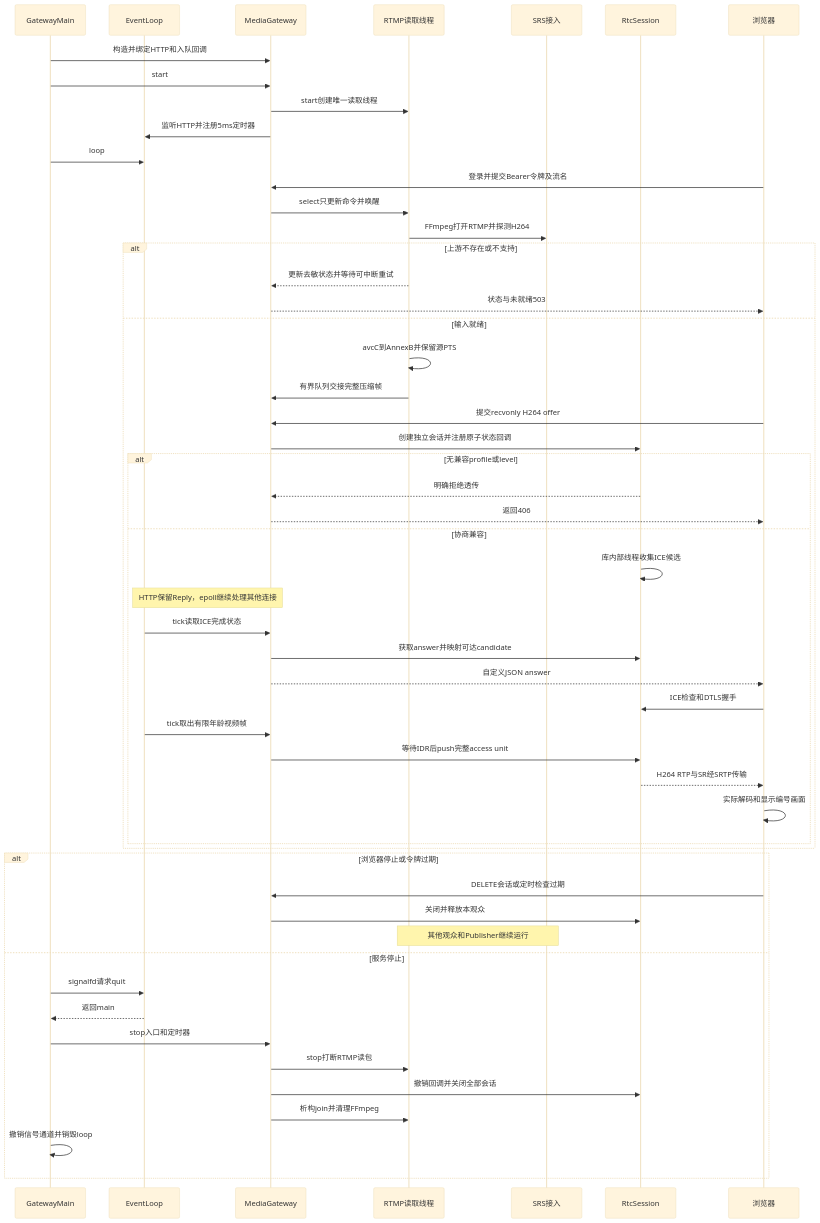
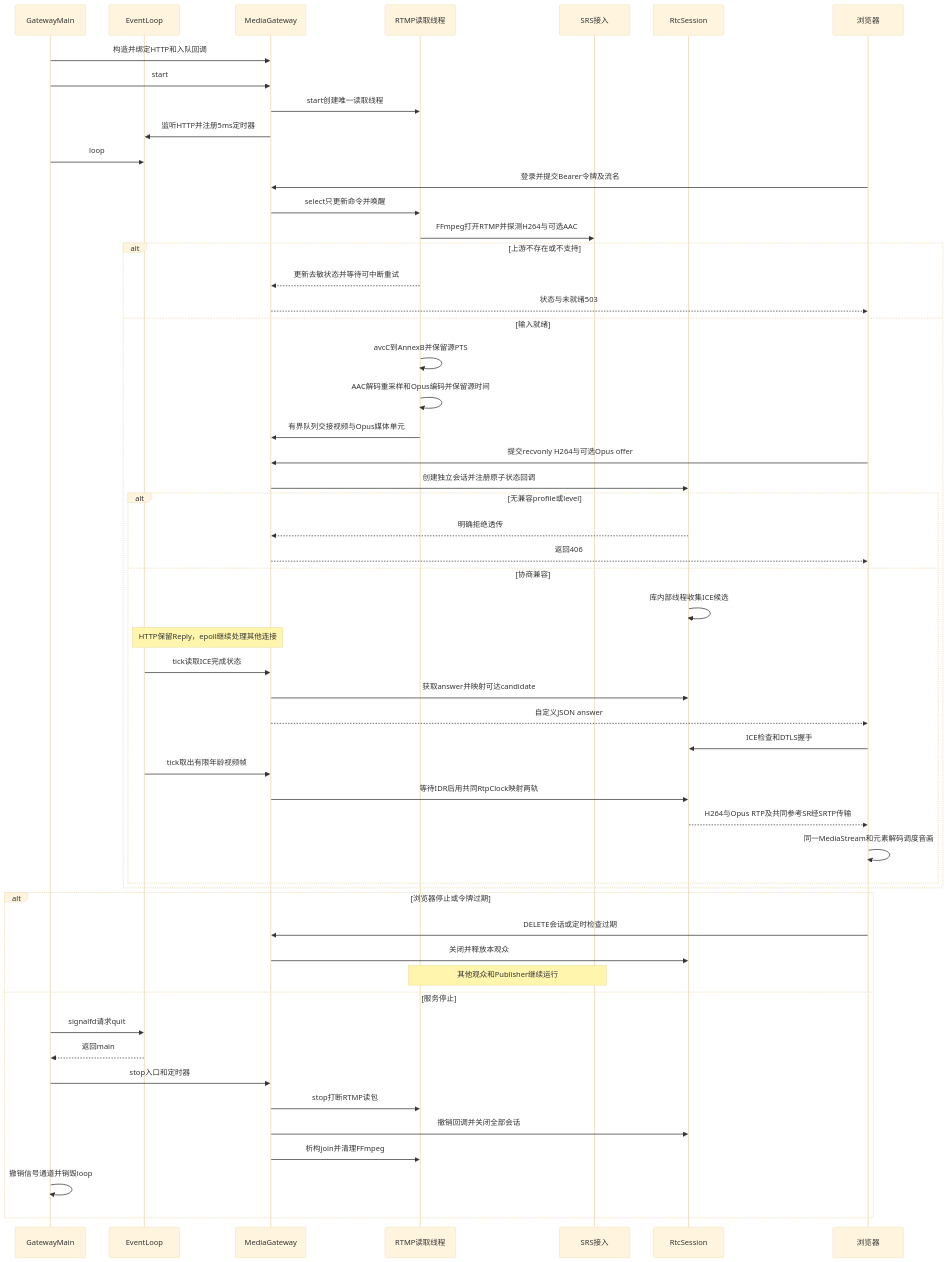
The diagram in docs/uml/media-gateway.mmd (kingsman-svg/OBS), drawn with Mermaid (base theme) before and after one commit. The commit also changed 36 other files, not shown here.

```diff
--- a/docs/uml/media-gateway.mmd
+++ b/docs/uml/media-gateway.mmd
@@ -1,53 +1,54 @@
 sequenceDiagram
 participant M as GatewayMain
 participant L as EventLoop
 participant G as MediaGateway
 participant R as RTMP读取线程
 participant S as SRS接入
 participant W as RtcSession
 participant B as 浏览器
 M->>G: 构造并绑定HTTP和入队回调
 M->>G: start
 G->>R: start创建唯一读取线程
 G->>L: 监听HTTP并注册5ms定时器
 M->>L: loop
 B->>G: 登录并提交Bearer令牌及流名
 G->>R: select只更新命令并唤醒
-R->>S: FFmpeg打开RTMP并探测H264
+R->>S: FFmpeg打开RTMP并探测H264与可选AAC
 alt 上游不存在或不支持
 R-->>G: 更新去敏状态并等待可中断重试
 G-->>B: 状态与未就绪503
 else 输入就绪
 R->>R: avcC到AnnexB并保留源PTS
-R->>G: 有界队列交接完整压缩帧
-B->>G: 提交recvonly H264 offer
+R->>R: AAC解码重采样和Opus编码并保留源时间
+R->>G: 有界队列交接视频与Opus媒体单元
+B->>G: 提交recvonly H264与可选Opus offer
 G->>W: 创建独立会话并注册原子状态回调
 alt 无兼容profile或level
 W-->>G: 明确拒绝透传
 G-->>B: 返回406
 else 协商兼容
 W->>W: 库内部线程收集ICE候选
 Note over L,G: HTTP保留Reply，epoll继续处理其他连接
 L->>G: tick读取ICE完成状态
 G->>W: 获取answer并映射可达candidate
 G-->>B: 自定义JSON answer
 B->>W: ICE检查和DTLS握手
 L->>G: tick取出有限年龄视频帧
-G->>W: 等待IDR后push完整access unit
-W-->>B: H264 RTP与SR经SRTP传输
-B->>B: 实际解码和显示编号画面
+G->>W: 等待IDR后用共同RtpClock映射两轨
+W-->>B: H264与Opus RTP及共同参考SR经SRTP传输
+B->>B: 同一MediaStream和元素解码调度音画
 end
 end
 alt 浏览器停止或令牌过期
 B->>G: DELETE会话或定时检查过期
 G->>W: 关闭并释放本观众
 Note over R,S: 其他观众和Publisher继续运行
 else 服务停止
 M->>L: signalfd请求quit
 L-->>M: 返回main
 M->>G: stop入口和定时器
 G->>R: stop打断RTMP读包
 G->>W: 撤销回调并关闭全部会话
 G->>R: 析构join并清理FFmpeg
 M->>M: 撤销信号通道并销毁loop
 end
```
